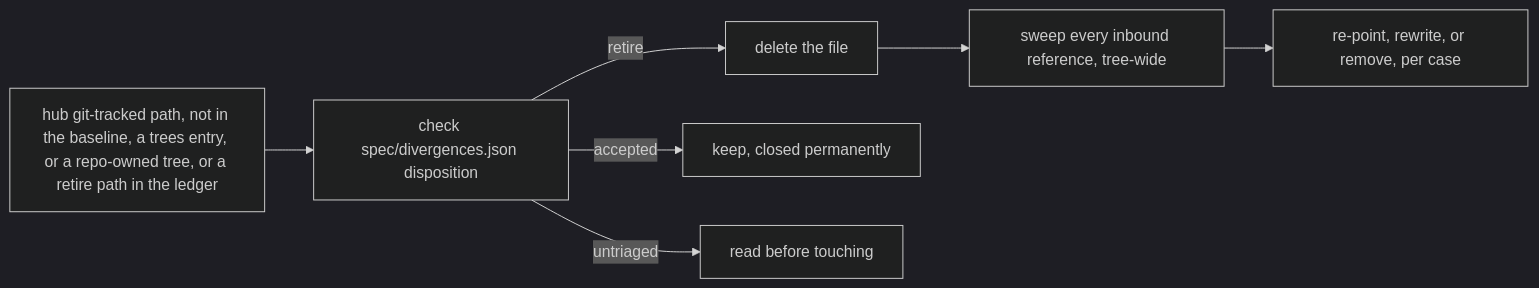
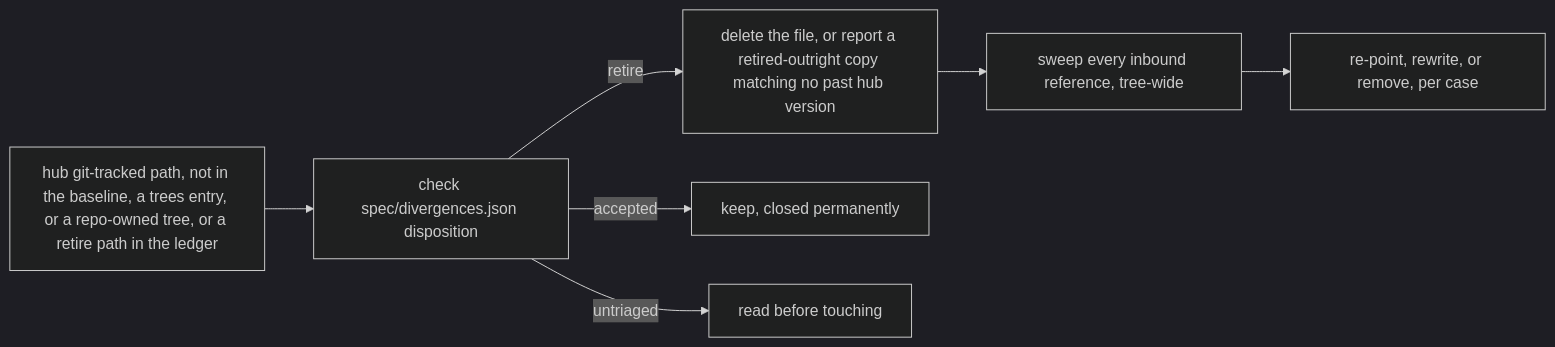
Before and after one commit to ptr727/ProjectTemplate: the second of 2 diagrams in RESYNC.md, drawn with Mermaid (dark theme). The commit also changed other lines of this file and 6 other files, not shown here.

````diff
--- a/RESYNC.md
+++ b/RESYNC.md
@@ -94,9 +94,9 @@
 ```mermaid
 flowchart LR
   candidate["hub git-tracked path, not in the baseline, a trees entry, or a repo-owned tree, or a retire path in the ledger"] --> disp["check spec/divergences.json disposition"]
-  disp -->|"retire"| delete["delete the file"]
+  disp -->|"retire"| delete["delete the file, or report a retired-outright copy matching no past hub version"]
   disp -->|"accepted"| keep["keep, closed permanently"]
   disp -->|"untriaged"| read["read before touching"]
   delete --> sweep["sweep every inbound reference, tree-wide"]
   sweep --> fix["re-point, rewrite, or remove, per case"]
 ```
````
